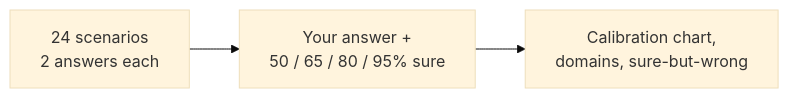
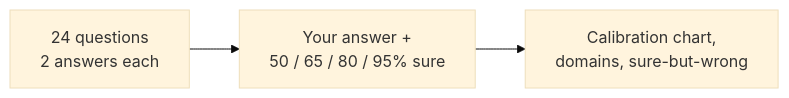
Before and after one commit to amalmehta/DoYouUnderstandHowTheWorldWorks: the diagram in README.md, drawn with Mermaid (base theme). The commit also changed other lines of this file and 16 other files, not shown here.

````diff
--- a/README.md
+++ b/README.md
@@ -13,4 +13,4 @@
 ```mermaid
 flowchart LR
-  Q[24 scenarios<br/>2 answers each] --> C[Your answer +<br/>50 / 65 / 80 / 95% sure] --> R[Calibration chart,<br/>domains, sure-but-wrong]
+  Q[24 questions<br/>2 answers each] --> C[Your answer +<br/>50 / 65 / 80 / 95% sure] --> R[Calibration chart,<br/>domains, sure-but-wrong]
 ```
````
